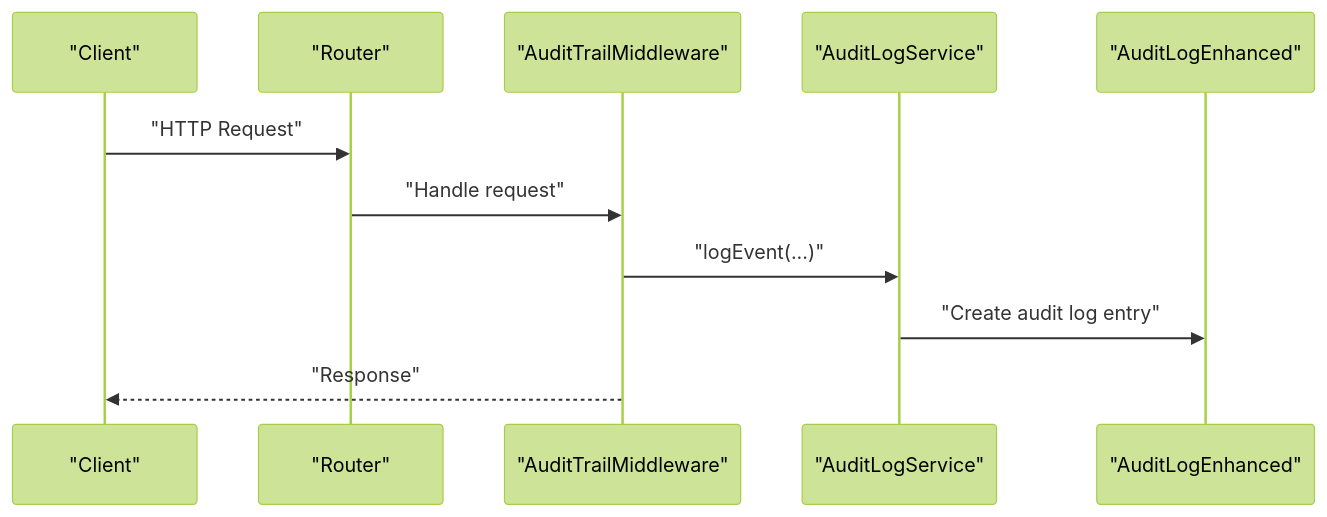
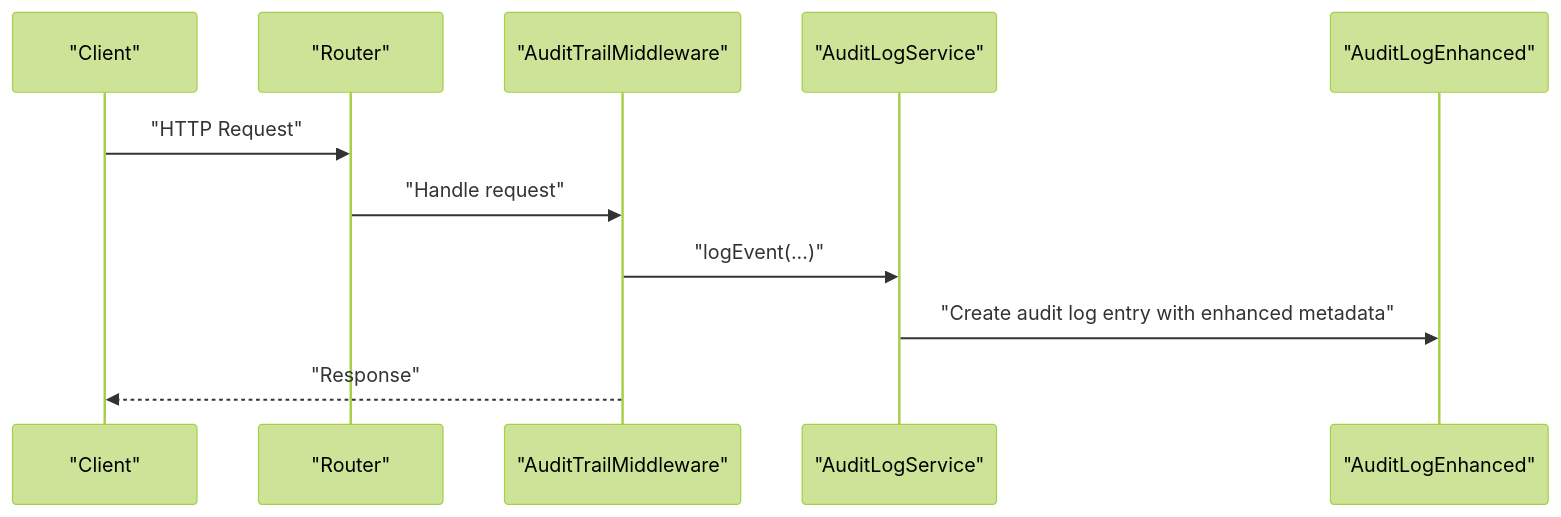
The fifth of 14 diagrams in .qoder/repowiki/en/content/Security & Compliance/Security & Compliance.md (wahyudedik/qalcuityERP), drawn with Mermaid (forest theme) before and after one commit. The commit also changed other lines of this file and 626 other files, not shown here.

````diff
--- a/.qoder/repowiki/en/content/Security & Compliance/Security & Compliance.md
+++ b/.qoder/repowiki/en/content/Security & Compliance/Security & Compliance.md
@@ -261,13 +322,13 @@
 ```mermaid
 sequenceDiagram
 participant Client as "Client"
 participant Router as "Router"
 participant AuditMW as "AuditTrailMiddleware"
 participant AuditSvc as "AuditLogService"
 participant DB as "AuditLogEnhanced"
 Client->>Router : "HTTP Request"
 Router->>AuditMW : "Handle request"
 AuditMW->>AuditSvc : "logEvent(...)"
-AuditSvc->>DB : "Create audit log entry"
+AuditSvc->>DB : "Create audit log entry with enhanced metadata"
 AuditMW-->>Client : "Response"
 ```
````
